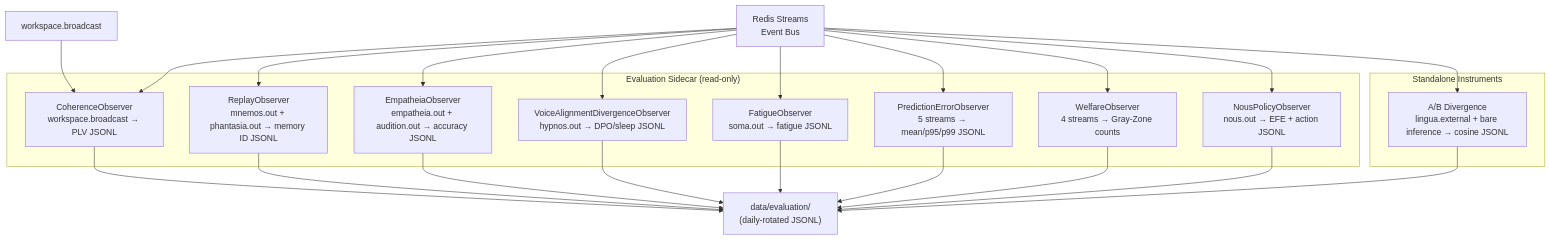
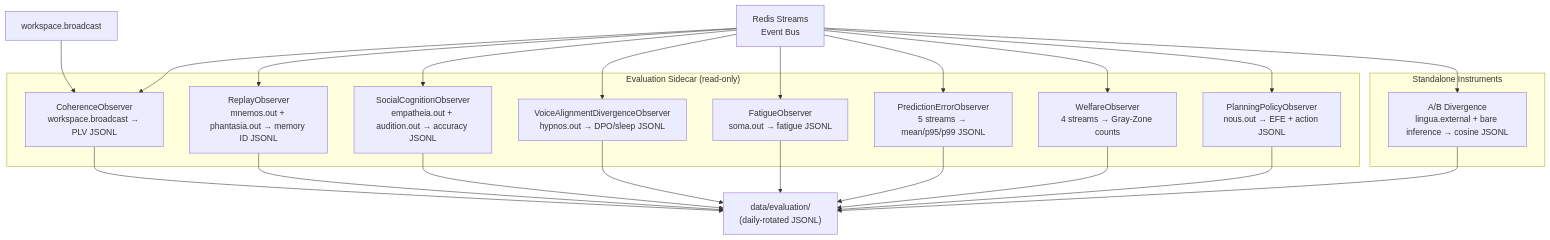
One commit to kaineone/kaine changed the first of 2 diagrams in docs/17-research-data/README.md. Above: the diagram before and after it, drawn with Mermaid. The commit also changed other lines of this file and 471 other files, not shown here.

First line of the commit message:
functional-module-names step 5c: identifiers for language, vocal, planning, action selection, effectors, self-model, social cognition, workspace

````diff
--- a/docs/17-research-data/README.md
+++ b/docs/17-research-data/README.md
@@ -11,43 +11,43 @@
 ```mermaid
 flowchart TD
     Bus["Redis Streams\nEvent Bus"]
     WS["workspace.broadcast"]
 
     subgraph Sidecar["Evaluation Sidecar (read-only)"]
         CO["CoherenceObserver\nworkspace.broadcast → PLV JSONL"]
         RO["ReplayObserver\nmnemos.out + phantasia.out → memory ID JSONL"]
-        EO["EmpatheiaObserver\nempatheia.out + audition.out → accuracy JSONL"]
+        EO["SocialCognitionObserver\nempatheia.out + audition.out → accuracy JSONL"]
         VAO["VoiceAlignmentDivergenceObserver\nhypnos.out → DPO/sleep JSONL"]
         FO["FatigueObserver\nsoma.out → fatigue JSONL"]
         PEO["PredictionErrorObserver\n5 streams → mean/p95/p99 JSONL"]
         WO["WelfareObserver\n4 streams → Gray-Zone counts"]
-        NPO["NousPolicyObserver\nnous.out → EFE + action JSONL"]
+        NPO["PlanningPolicyObserver\nnous.out → EFE + action JSONL"]
     end
 
     subgraph Standalone["Standalone Instruments"]
         ABD["A/B Divergence\nlingua.external + bare inference → cosine JSONL"]
     end
 
     Bus --> CO
     Bus --> RO
     Bus --> EO
     Bus --> VAO
     Bus --> FO
     Bus --> PEO
     Bus --> WO
     Bus --> NPO
     WS --> CO
 
     Bus --> ABD
 
     JSONL["data/evaluation/\n(daily-rotated JSONL)"]
     CO --> JSONL
     RO --> JSONL
     EO --> JSONL
     VAO --> JSONL
     FO --> JSONL
     PEO --> JSONL
     WO --> JSONL
     NPO --> JSONL
     ABD --> JSONL
 ```
````
